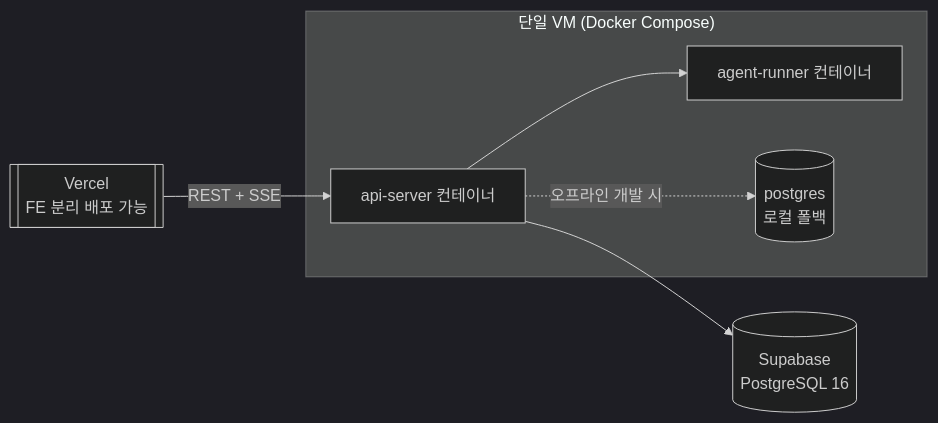
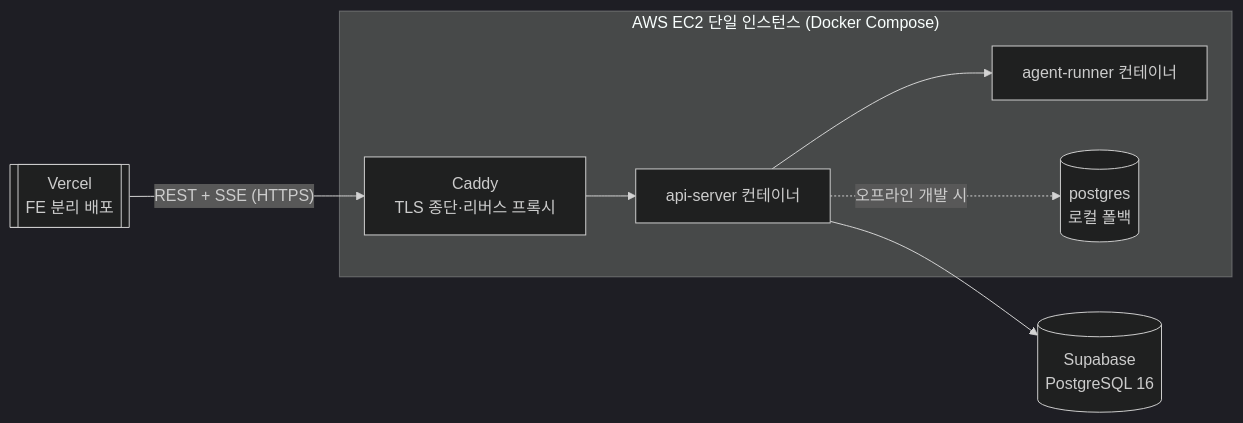
The tenth of 10 diagrams in DOCS/VibeGuard_Architecture.md (peachoath/vibeguard), drawn with Mermaid (dark theme) before and after one commit. The commit also changed other lines of this file and 5 other files, not shown here.

First line of the commit message:
feat(infra): AWS EC2 배포용 Caddy HTTPS 오버레이 및 배포 스크립트 보강

````diff
--- a/DOCS/VibeGuard_Architecture.md
+++ b/DOCS/VibeGuard_Architecture.md
@@ -392,15 +392,17 @@
 ```mermaid
 flowchart LR
-    subgraph VM["단일 VM (Docker Compose)"]
+    subgraph EC2["AWS EC2 단일 인스턴스 (Docker Compose)"]
+        CADDY[Caddy<br/>TLS 종단·리버스 프록시]
         APIc[api-server 컨테이너]
         AGENTc[agent-runner 컨테이너]
         PGc[(postgres<br/>로컬 폴백)]
     end
-    VERCEL[[Vercel<br/>FE 분리 배포 가능]]
+    VERCEL[[Vercel<br/>FE 분리 배포]]
     SUPA[(Supabase<br/>PostgreSQL 16)]
 
-    VERCEL -->|REST + SSE| APIc
+    VERCEL -->|"REST + SSE (HTTPS)"| CADDY
+    CADDY --> APIc
     APIc --> AGENTc
     APIc --> SUPA
     APIc -.->|오프라인 개발 시| PGc
 ```
````
